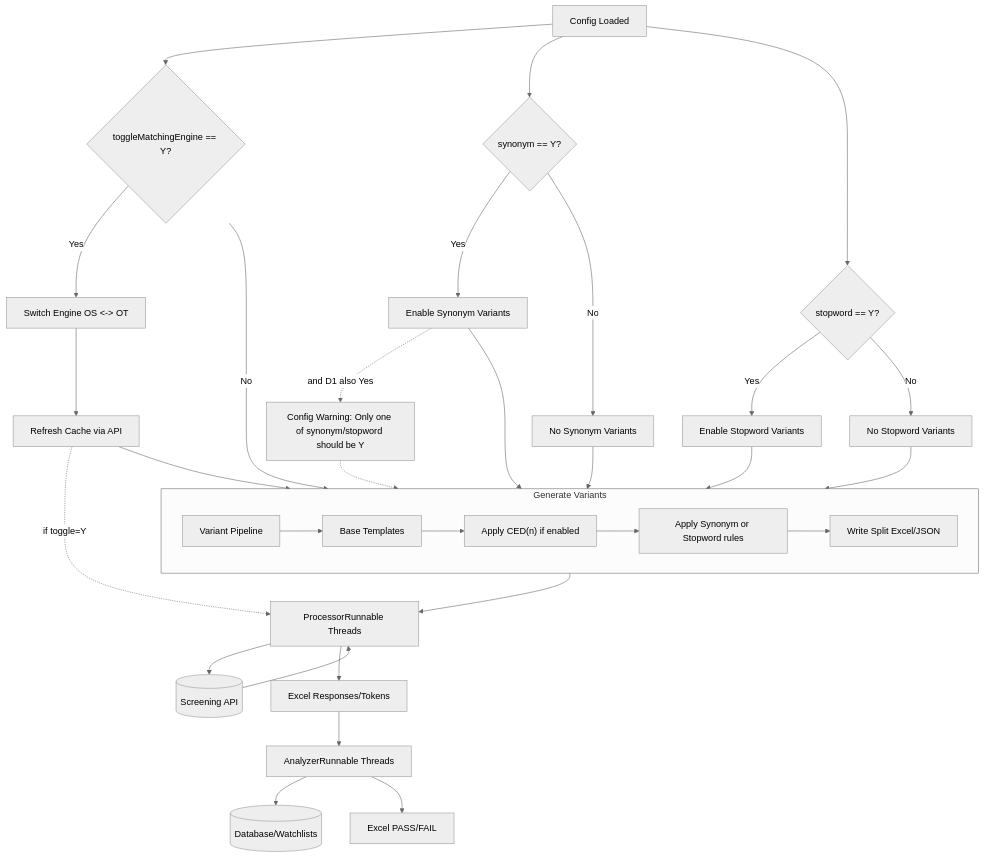
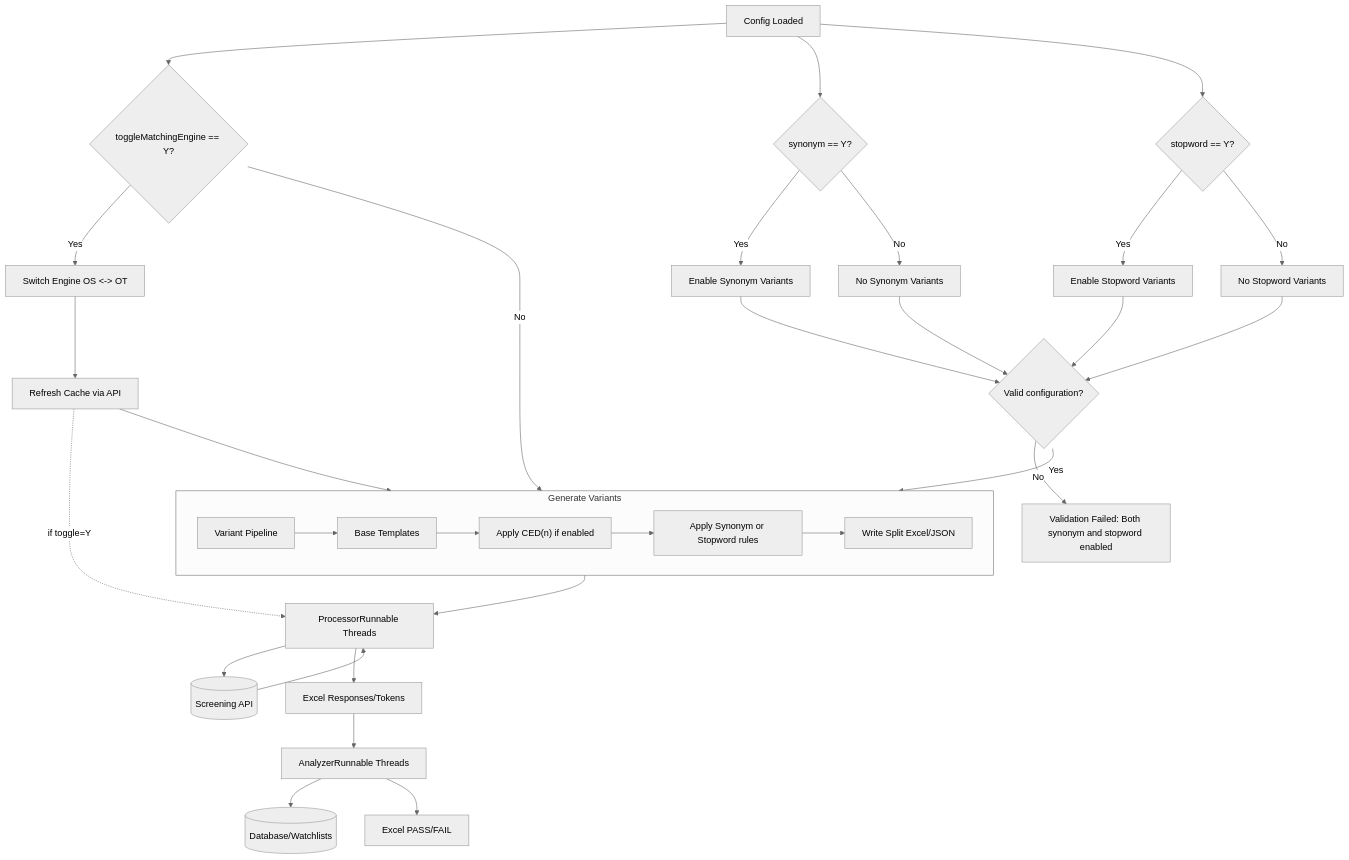
Before and after one commit to surya228/intelligent-raw-message-processor: the second of 2 diagrams in README.md, drawn with Mermaid (neutral theme).

Commit message:
documentation update: graph update : 4

````diff
--- a/README.md
+++ b/README.md
@@ -50,48 +50,48 @@
 ```mermaid
 flowchart TD
   A[Config Loaded] --> B{toggleMatchingEngine == Y?}
   A --> C{synonym == Y?}
   A --> D{stopword == Y?}
 
   %% Mutually exclusive (doc note)
   C -->|Yes| C1[Enable Synonym Variants]
   C -->|No| C0[No Synonym Variants]
   D -->|Yes| D1[Enable Stopword Variants]
   D -->|No| D0[No Stopword Variants]
 
-  C1 --> E[Variant Pipeline]
-  D1 --> E
-  C0 --> E
-  D0 --> E
+  C1 --> M{Valid configuration?}
+  D1 --> M
+  C0 --> M
+  D0 --> M
+  M -->|Yes| E[Variant Pipeline]
+  M -->|No| VF[Validation Failed: Both synonym and stopword enabled]
 
-  %% Warning if both are set
-  C1 -.->|and D1 also Yes| W[Config Warning: Only one of synonym/stopword should be Y]
-  W -.-> E
+  %% Validation handled by "Valid configuration?" decision above
 
   %% Toggling branch
   B -->|Yes| T1[Switch Engine OS <-> OT]
   T1 --> T2[Refresh Cache via API]
   T2 --> E
   B -->|No| E
 
   %% Variant Pipeline details
   subgraph E2 [Generate Variants]
     direction LR
     E --> V0[Base Templates]
     V0 --> V1["Apply CED(n) if enabled"]
     V1 --> V2["Apply Synonym or Stopword rules"]
     V2 --> V3[Write Split Excel/JSON]
   end
 
   %% Processing and Analysis
   V3 --> P[ProcessorRunnable Threads]
   P --> API[(Screening API)]
   API --> P
   P --> R[Excel Responses/Tokens]
   R --> A1[AnalyzerRunnable Threads]
   A1 --> DB[(Database/Watchlists)]
   A1 --> OUT[Excel PASS/FAIL]
 
   %% Optional retest after toggle: re-run full flow on other engine
   T2 -.->|if toggle=Y| P
 ```
````
